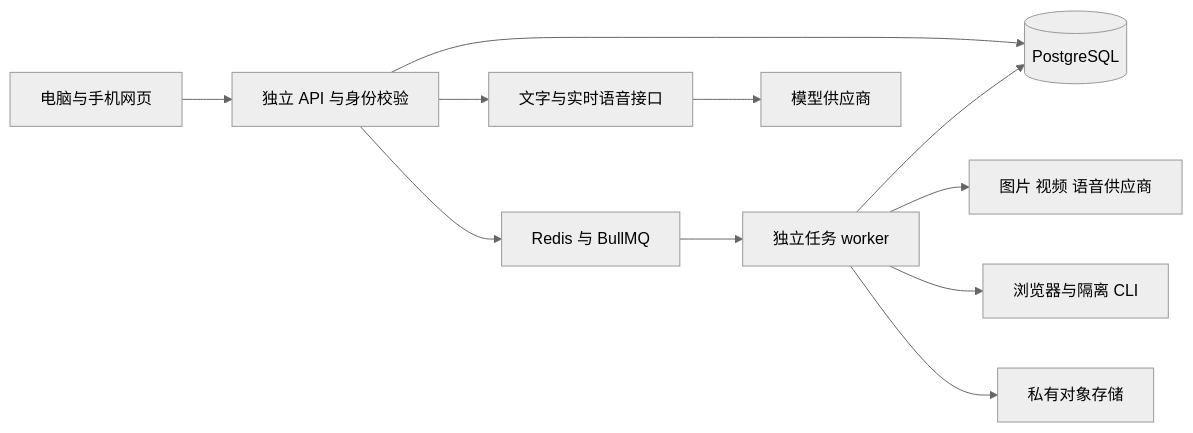
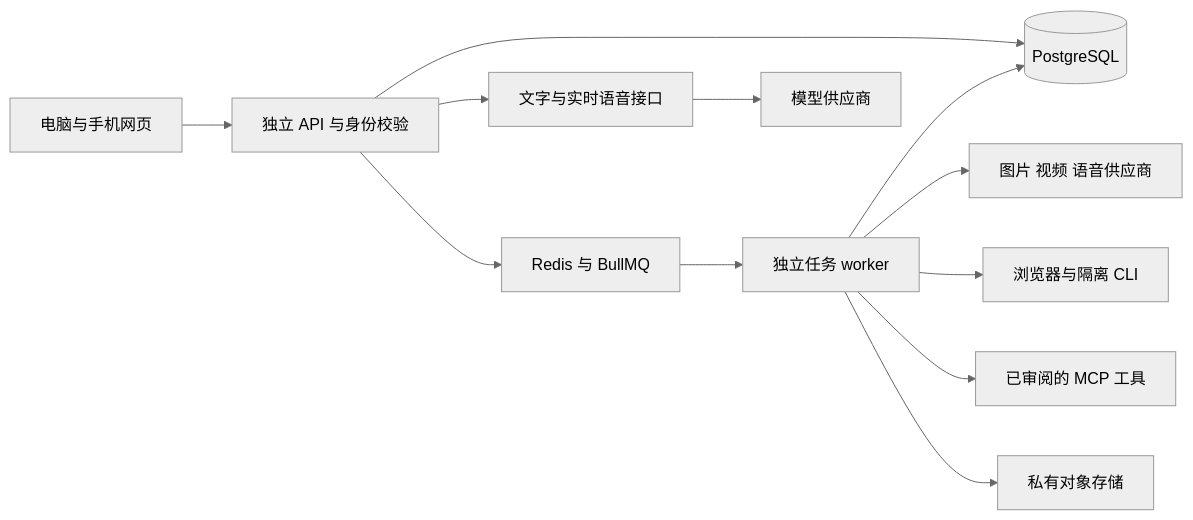
One commit to mikeaccio666-debug/career-companion changed the diagram in docs/platform/architecture.md. Above: the diagram before and after it, drawn with Mermaid (neutral theme). The commit also changed other lines of this file and 45 other files, not shown here.

````diff
--- a/docs/platform/architecture.md
+++ b/docs/platform/architecture.md
@@ -21,13 +22,14 @@
 ```mermaid
 flowchart LR
   Web[电脑与手机网页] --> API[独立 API 与身份校验]
   API --> PG[(PostgreSQL)]
   API --> Chat[文字与实时语音接口]
   API --> Queue[Redis 与 BullMQ]
   Queue --> Worker[独立任务 worker]
   Worker --> Model[图片 视频 语音供应商]
   Worker --> Runner[浏览器与隔离 CLI]
+  Worker --> MCP[已审阅的 MCP 工具]
   Worker --> Store[私有对象存储]
   Worker --> PG
   Chat --> Providers[模型供应商]
 ```
````
